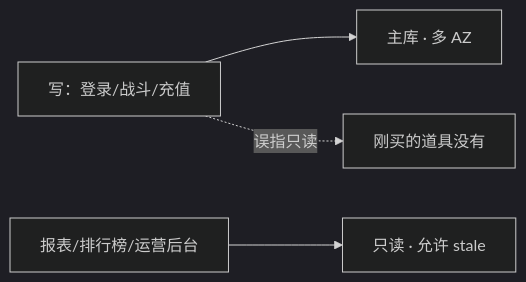
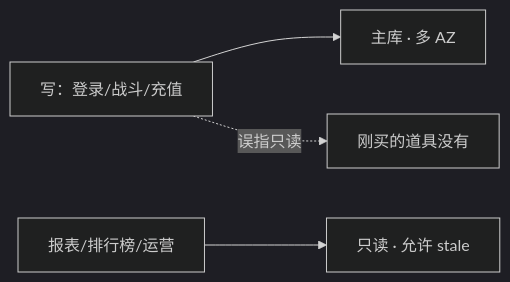
Before and after one commit to ml-cuizijun/LearnToLilith: the fourth of 8 diagrams in 06-云平台/03-云上存储与数据库/知识点.md, drawn with Mermaid (dark theme). The commit also changed other lines of this file and 178 other files, not shown here.

````diff
--- a/06-云平台/03-云上存储与数据库/知识点.md
+++ b/06-云平台/03-云上存储与数据库/知识点.md
@@ -190,6 +184,6 @@
 ```mermaid
 flowchart LR
     W["写：登录/战斗/充值"] --> P["主库 · 多 AZ"]
-    R["报表/排行榜/运营后台"] --> RO["只读 · 允许 stale"]
+    R["报表/排行榜/运营"] --> RO["只读 · 允许 stale"]
     W -.->|误指只读| BAD["刚买的道具没有"]
 ```
````
